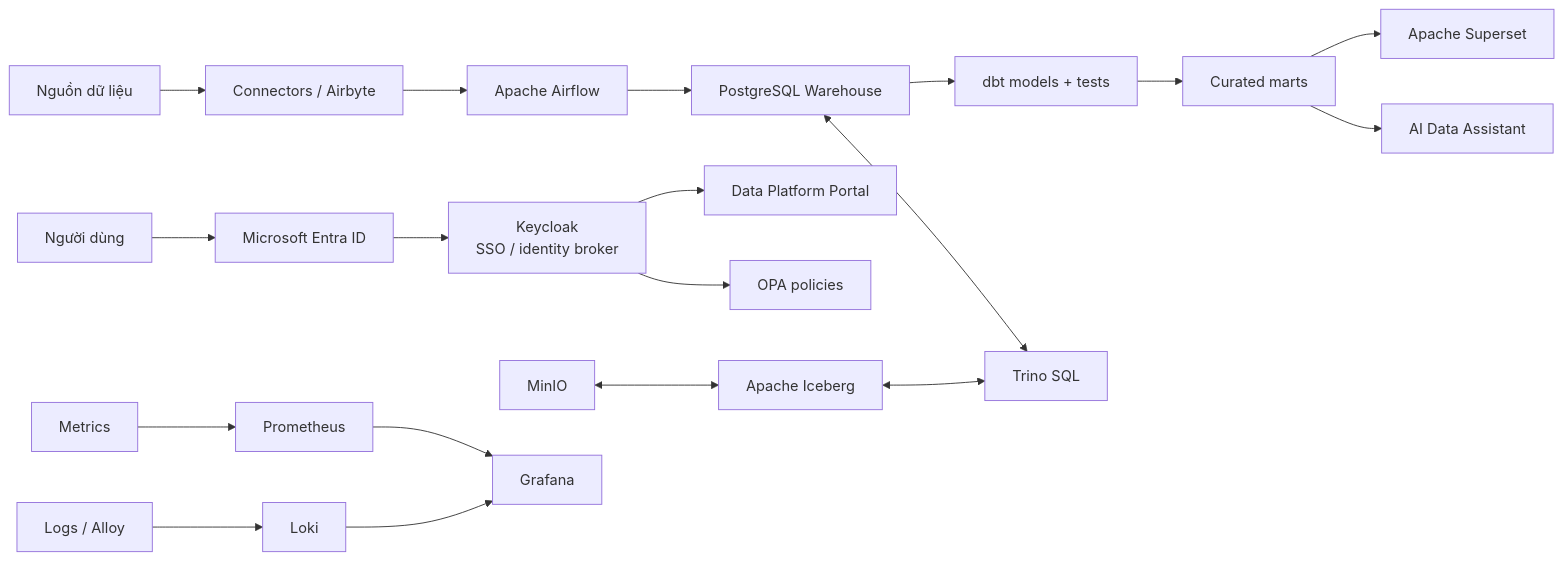
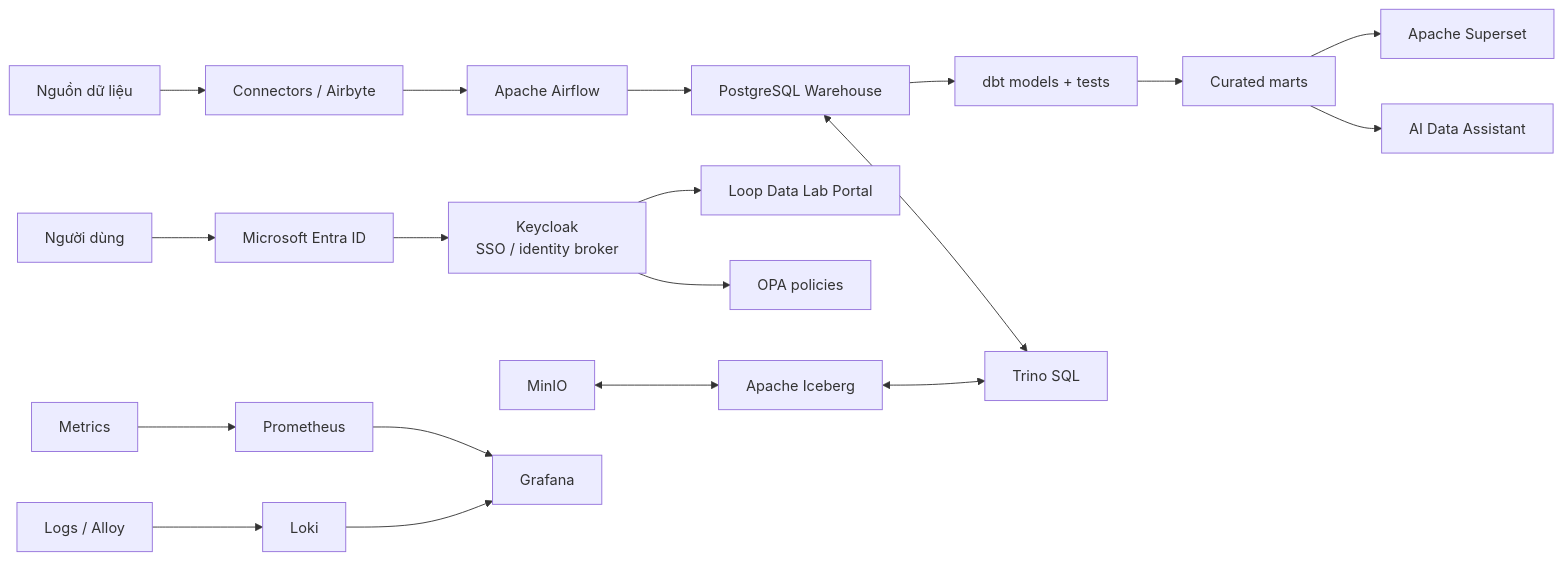
Before and after one commit to hoangtu0812/odp: the diagram in README.vi.md, drawn with Mermaid. The commit also changed other lines of this file and 9 other files, not shown here.

Commit message:
feat: brand portal as Loop Data Lab

````diff
--- a/README.vi.md
+++ b/README.vi.md
@@ -27,14 +27,14 @@
 ```mermaid
 flowchart LR
     U[Người dùng] --> E[Microsoft Entra ID]
     E --> K[Keycloak\nSSO / identity broker]
-    K --> P[Data Platform Portal]
+    K --> P[Loop Data Lab Portal]
     S[Nguồn dữ liệu] --> I[Connectors / Airbyte] --> A[Apache Airflow]
     A --> R[PostgreSQL Warehouse] --> D[dbt models + tests] --> M[Curated marts] --> B[Apache Superset]
     R <--> T[Trino SQL]
     O[MinIO] <--> IC[Apache Iceberg] <--> T
     K --> G[OPA policies]
     X[Metrics] --> PR[Prometheus] --> GR[Grafana]
     L[Logs / Alloy] --> LO[Loki] --> GR
     M --> AI[AI Data Assistant]
 ```
````
